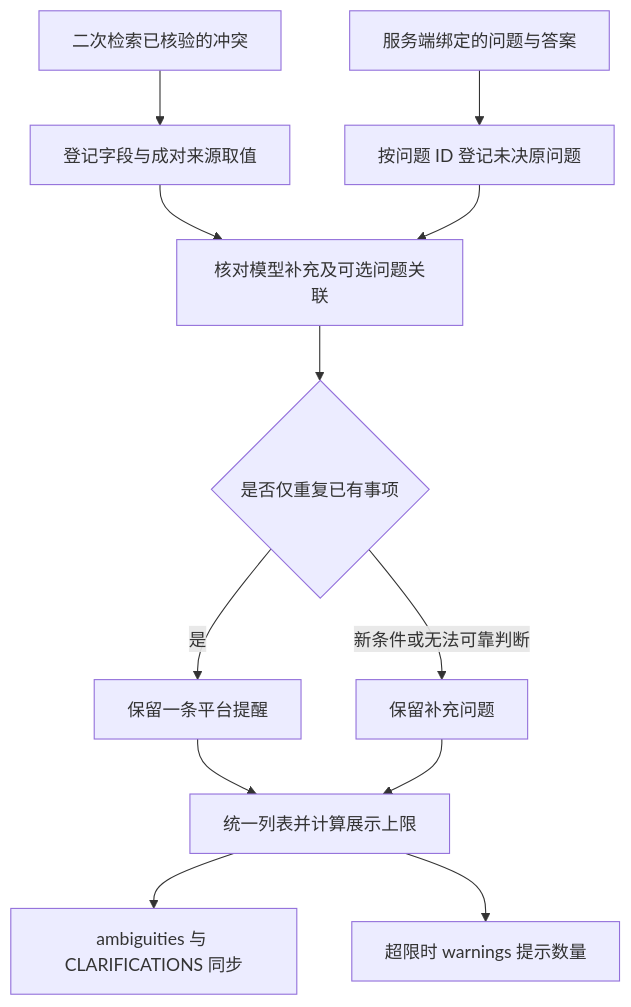
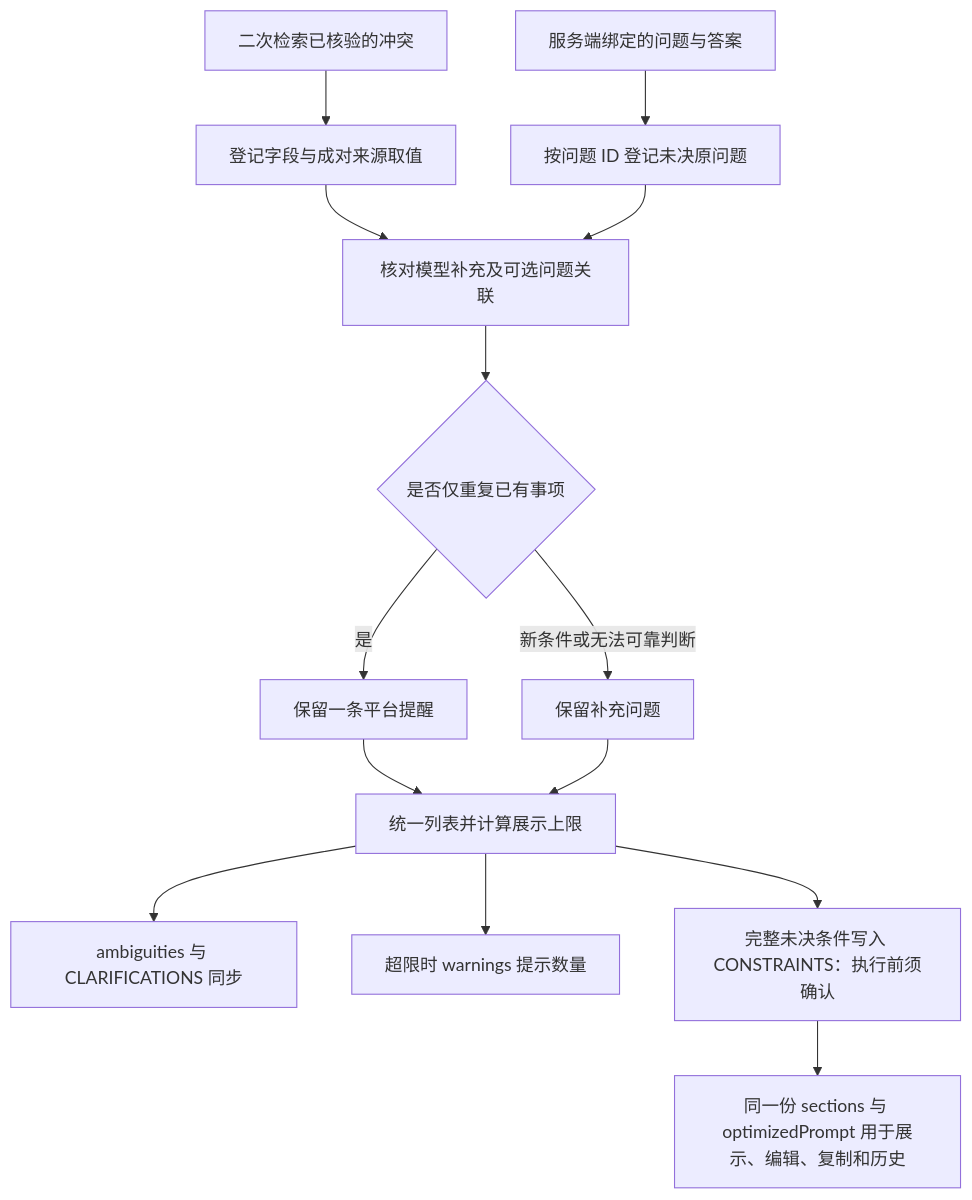
One commit to QingNiao0x/prompt-optimizer-platform changed the fifth of 5 diagrams in docs/development/上下文感知Plan-Mode实现教学.md. Above: the diagram before and after it, drawn with Mermaid. The commit also changed other lines of this file and 34 other files, not shown here.

````diff
--- a/docs/development/上下文感知Plan-Mode实现教学.md
+++ b/docs/development/上下文感知Plan-Mode实现教学.md
@@ -473,14 +473,16 @@
 ```mermaid
 flowchart TD
     A[二次检索已核验的冲突] --> C[登记字段与成对来源取值]
     B[服务端绑定的问题与答案] --> D[按问题 ID 登记未决原问题]
     C --> E[核对模型补充及可选问题关联]
     D --> E
     E --> F{是否仅重复已有事项}
     F -- 是 --> G[保留一条平台提醒]
     F -- 新条件或无法可靠判断 --> H[保留补充问题]
     G --> I[统一列表并计算展示上限]
     H --> I
     I --> J[ambiguities 与 CLARIFICATIONS 同步]
     I --> K[超限时 warnings 提示数量]
+    I --> L[完整未决条件写入 CONSTRAINTS：执行前须确认]
+    L --> M[同一份 sections 与 optimizedPrompt 用于展示、编辑、复制和历史]
 ```
````
